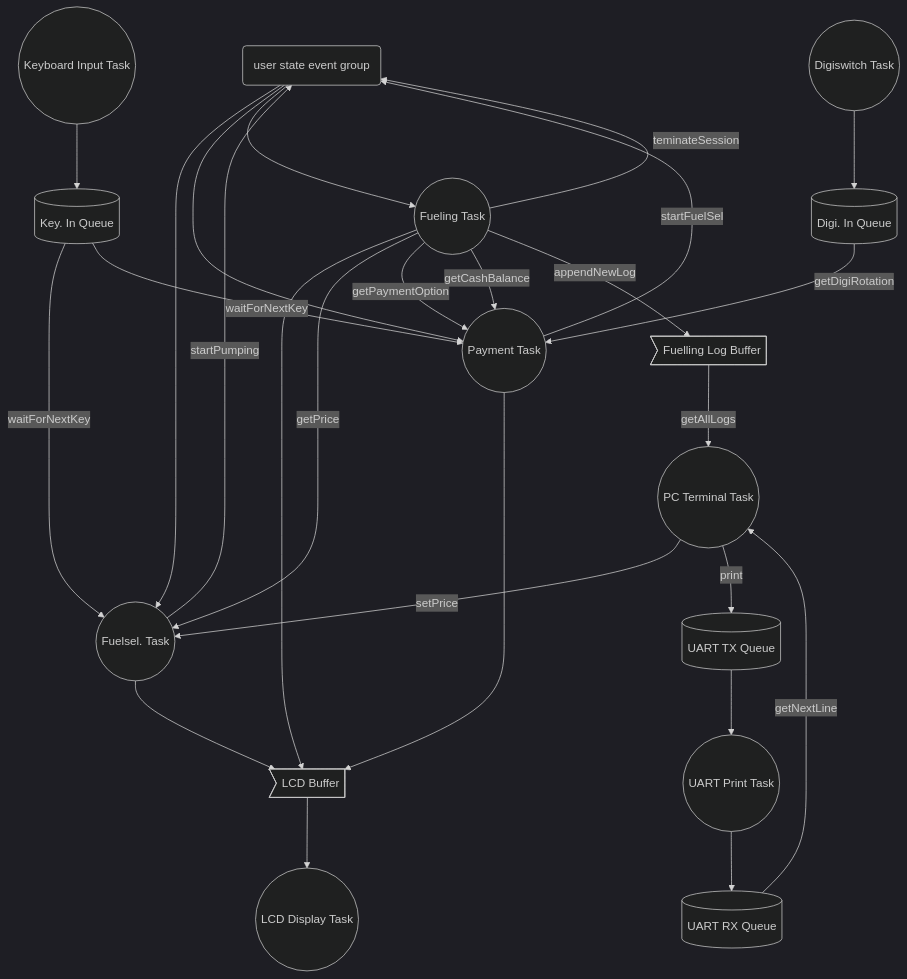
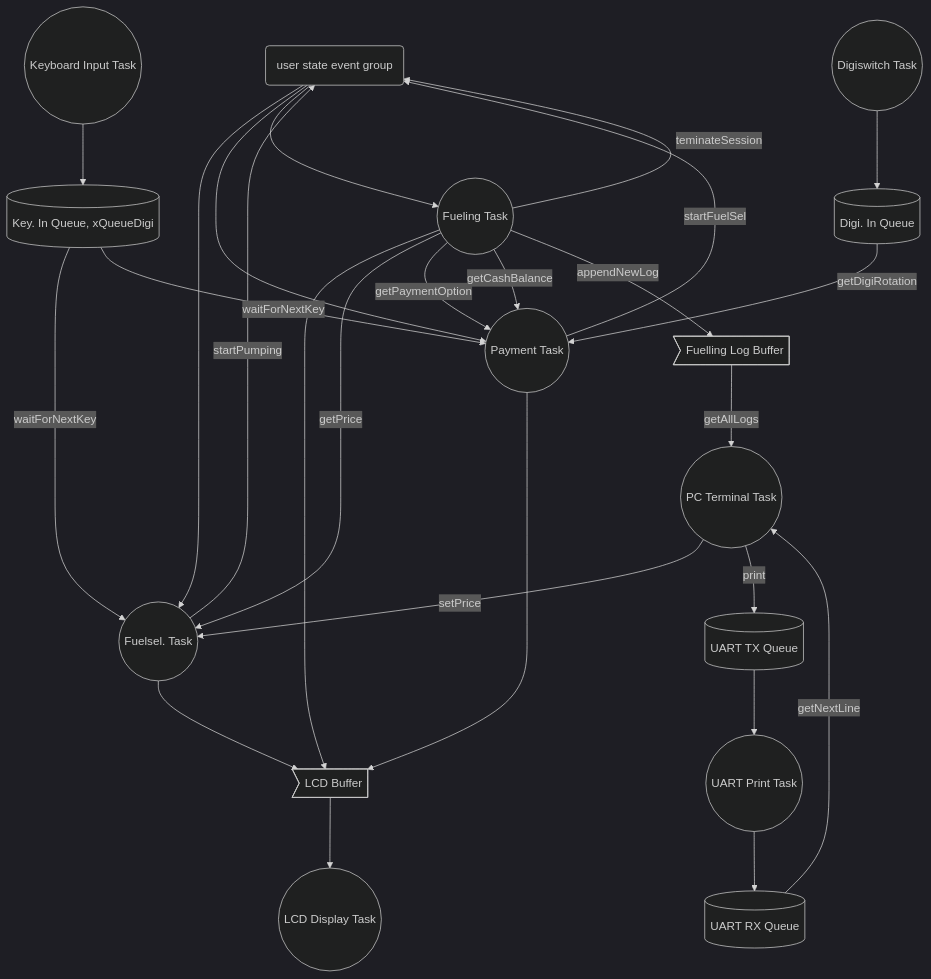
The diagram in README.md (jjsanda/SDU-embedded-programming), drawn with Mermaid (dark theme) before and after one commit.

````diff
--- a/README.md
+++ b/README.md
@@ -3,57 +3,57 @@
 ```mermaid
 graph TD
 
   gsEG(user state event group)
 
   pay((Payment Task))
   fuelsel((Fuelsel. Task))
   fueling((Fueling Task))
   lcd((LCD Display Task))
   keyboard((Keyboard Input Task))
   digi((Digiswitch Task))
   uart((UART Print Task))
   pc((PC Terminal Task))
   
-  keyQ[(Key. In Queue)]
+  keyQ[(Key. In Queue, xQueueDigi)]
   digiQ[(Digi. In Queue)]
   rxQ[(UART RX Queue)]
   txQ[(UART TX Queue)]
 
   lcdB>LCD Buffer]
   logB>Fuelling Log Buffer]
 
 
   keyQ--waitForNextKey-->fuelsel
   gsEG-->fuelsel
   pc--setPrice-->fuelsel
   fuelsel-->lcdB
   fuelsel--startPumping-->gsEG
   
 
   uart-->rxQ
   rxQ--getNextLine-->pc
   pc--print-->txQ
   logB--getAllLogs-->pc
   txQ-->uart
 
   keyboard-->keyQ 
   keyQ--waitForNextKey-->pay
   gsEG-->pay
   digi-->digiQ
   digiQ--getDigiRotation-->pay
   pay-->lcdB
   pay--startFuelSel-->gsEG
 
 
 
   lcdB-->lcd
 
 
   gsEG-->fueling
   fueling-->lcdB
   fueling--getPrice-->fuelsel
   fueling--getPaymentOption-->pay
   fueling--getCashBalance-->pay
   fueling--teminateSession-->gsEG
   fueling--appendNewLog-->logB
 ```
````
